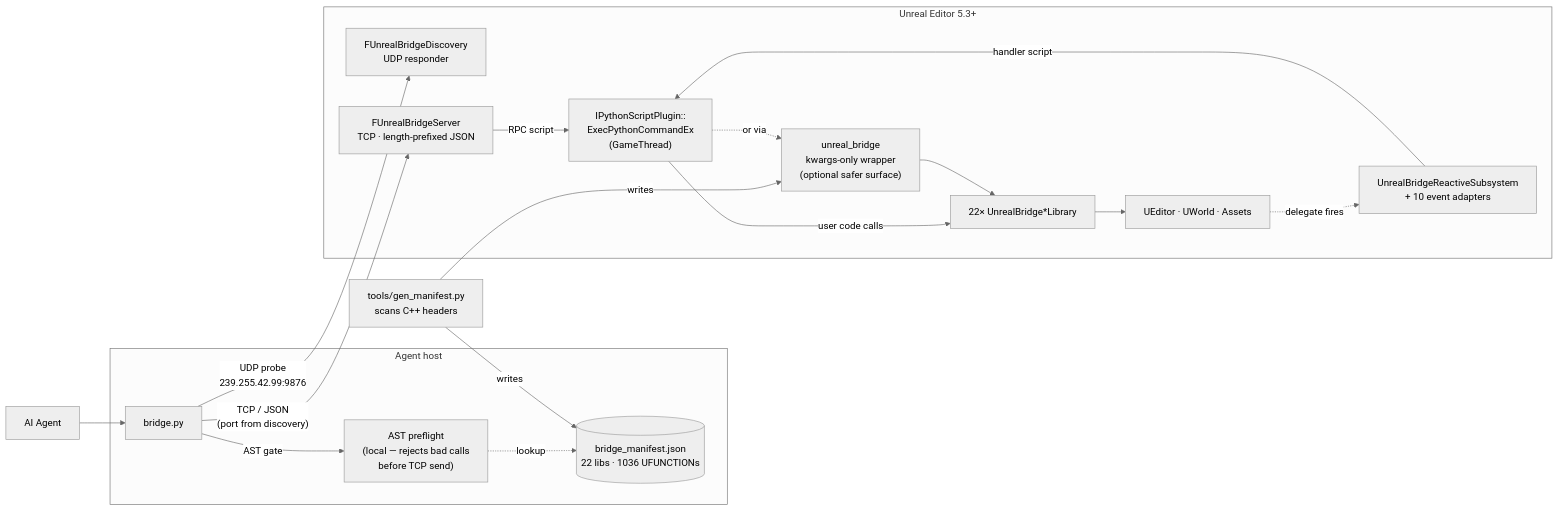
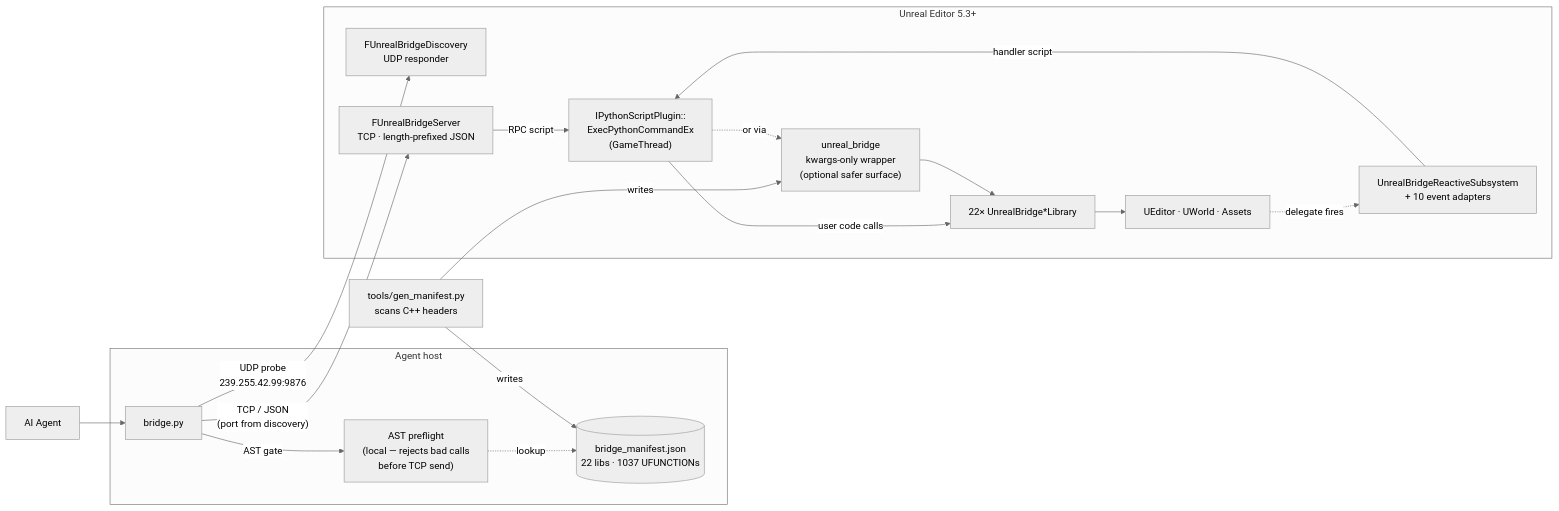
Before and after one commit to Tommy1213888/UnrealBridge: the diagram in README.md, drawn with Mermaid (neutral theme). The commit also changed other lines of this file and 6 other files, not shown here.

````diff
--- a/README.md
+++ b/README.md
@@ -41,40 +41,40 @@
 ```mermaid
 flowchart LR
     Agent["AI Agent"]
 
     subgraph Host["Agent host"]
       CLI["bridge.py"]
       Pre["AST preflight<br/>(local — rejects bad calls<br/>before TCP send)"]
-      Mani[("bridge_manifest.json<br/>22 libs · 1036 UFUNCTIONs")]
+      Mani[("bridge_manifest.json<br/>22 libs · 1037 UFUNCTIONs")]
     end
 
     Gen["tools/gen_manifest.py<br/>scans C++ headers"]
 
     subgraph UE["Unreal Editor 5.3+"]
       Disc["FUnrealBridgeDiscovery<br/>UDP responder"]
       Server["FUnrealBridgeServer<br/>TCP · length-prefixed JSON"]
       Reactive["UnrealBridgeReactiveSubsystem<br/>+ 10 event adapters"]
       Exec["IPythonScriptPlugin::<br/>ExecPythonCommandEx<br/>(GameThread)"]
       Wrap["unreal_bridge<br/>kwargs-only wrapper<br/>(optional safer surface)"]
       Libs["22× UnrealBridge*Library"]
       Engine["UEditor · UWorld · Assets"]
     end
 
     Agent --> CLI
     CLI -- "AST gate" --> Pre
     Pre -. "lookup" .-> Mani
 
     Gen -- "writes" --> Mani
     Gen -- "writes" --> Wrap
 
     CLI -- "UDP probe<br/>239.255.42.99:9876" --> Disc
     CLI -- "TCP / JSON<br/>(port from discovery)" --> Server
     Server -- "RPC script" --> Exec
     Engine -. "delegate fires" .-> Reactive
     Reactive -- "handler script" --> Exec
 
     Exec -- "user code calls" --> Libs
     Exec -. "or via" .-> Wrap
     Wrap --> Libs
     Libs --> Engine
 ```
````
